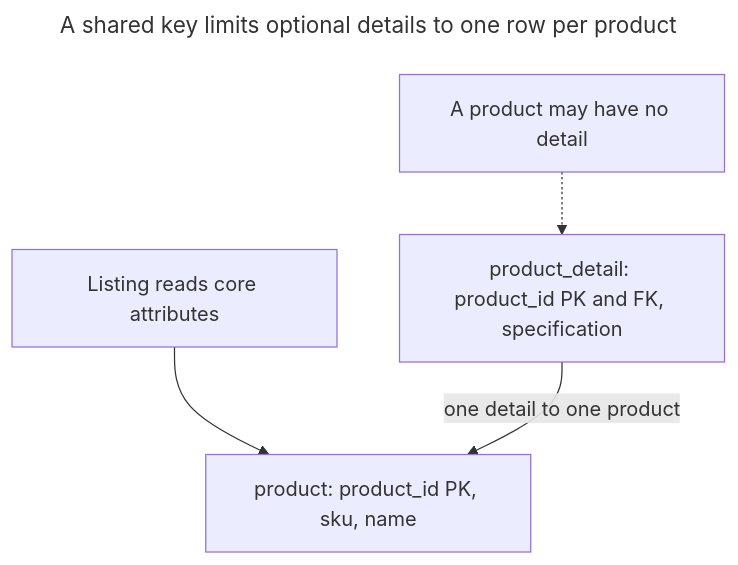
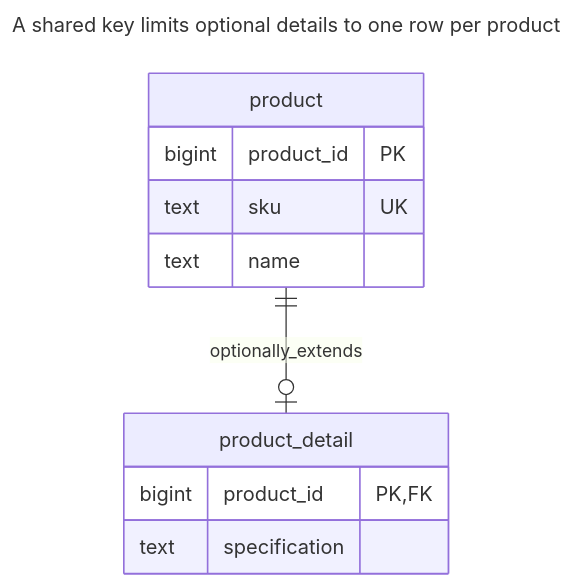
The first of 5 diagrams in book/en/table-split.md (mokevnin/database-design-patterns), drawn with Mermaid before and after one commit. The commit also changed other lines of this file and 13 other files, not shown here.

First line of the commit message:
docs: add ER and other diagrams to the first fourteen chapters

````diff
--- a/book/en/table-split.md
+++ b/book/en/table-split.md
@@ -42,13 +42,17 @@
 ```mermaid
 ---
 title: A shared key limits optional details to one row per product
 ---
-flowchart TB
-  listing["Listing reads core attributes"]:::muted
-  core["product: product_id PK, sku, name"]:::accent
-  detail["product_detail: product_id PK and FK, specification"]:::accent
-  absent["A product may have no detail"]:::warn
-  listing --> core
-  detail -->|one detail to one product| core
-  absent -.-> detail
+erDiagram
+  product ||--o| product_detail : optionally_extends
+  product {
+    bigint product_id PK
+    text sku UK
+    text name
+  }
+  product_detail {
+    bigint product_id PK, FK
+    text specification
+  }
+  class product,product_detail accent
 ```
````
